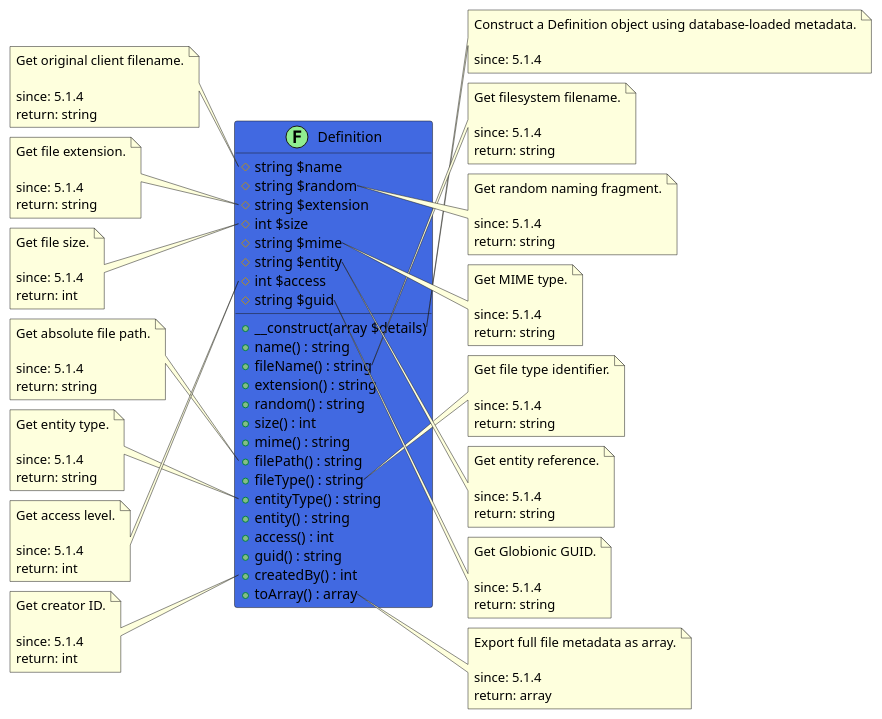
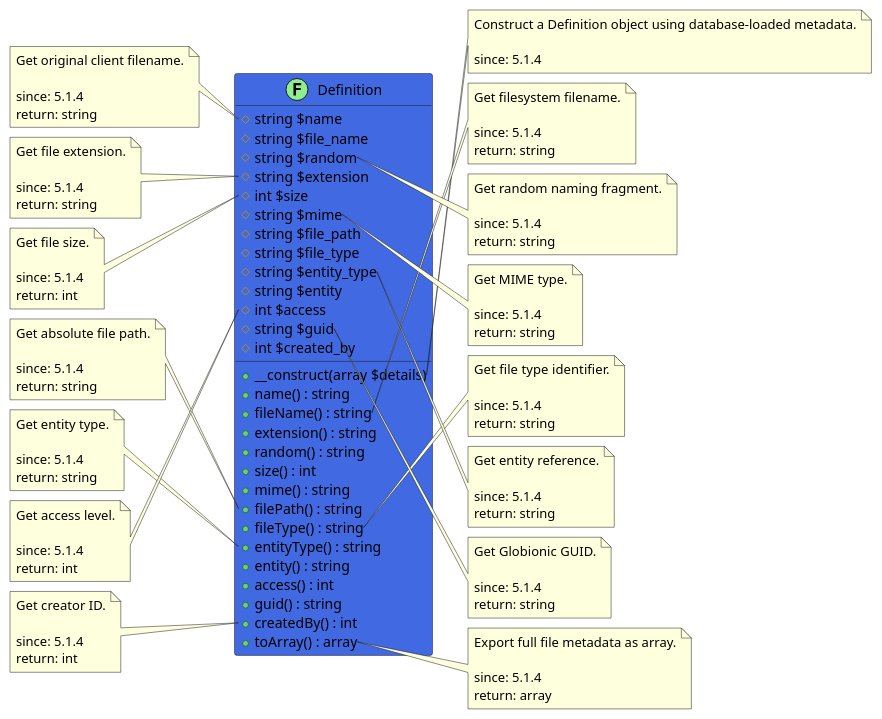
The diagram in src/0d159144-b553-4604-8f55-503985e22ec6/README.md (joomengine/super-powers), drawn with PlantUML before and after one commit. The commit also changed other lines of this file, not shown here.

Commit message:
Update Joomla.File.Definition readme file

```diff
--- a/src/0d159144-b553-4604-8f55-503985e22ec6/README.md
+++ b/src/0d159144-b553-4604-8f55-503985e22ec6/README.md
@@ -7,13 +7,18 @@
 
 class Definition << (F,LightGreen) >> #RoyalBlue {
   # string $name
+  # string $file_name
   # string $random
   # string $extension
   # int $size
   # string $mime
+  # string $file_path
+  # string $file_type
+  # string $entity_type
   # string $entity
   # int $access
   # string $guid
+  # int $created_by
   + __construct(array $details)
   + name() : string
   + fileName() : string
```
